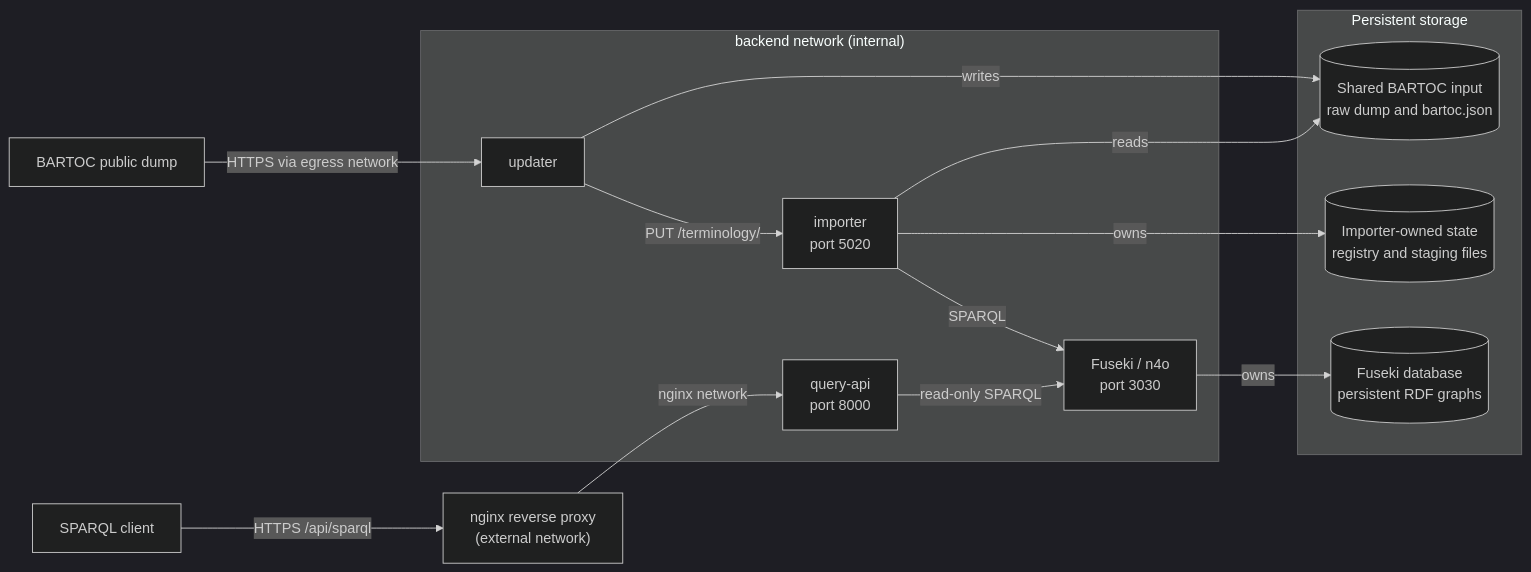
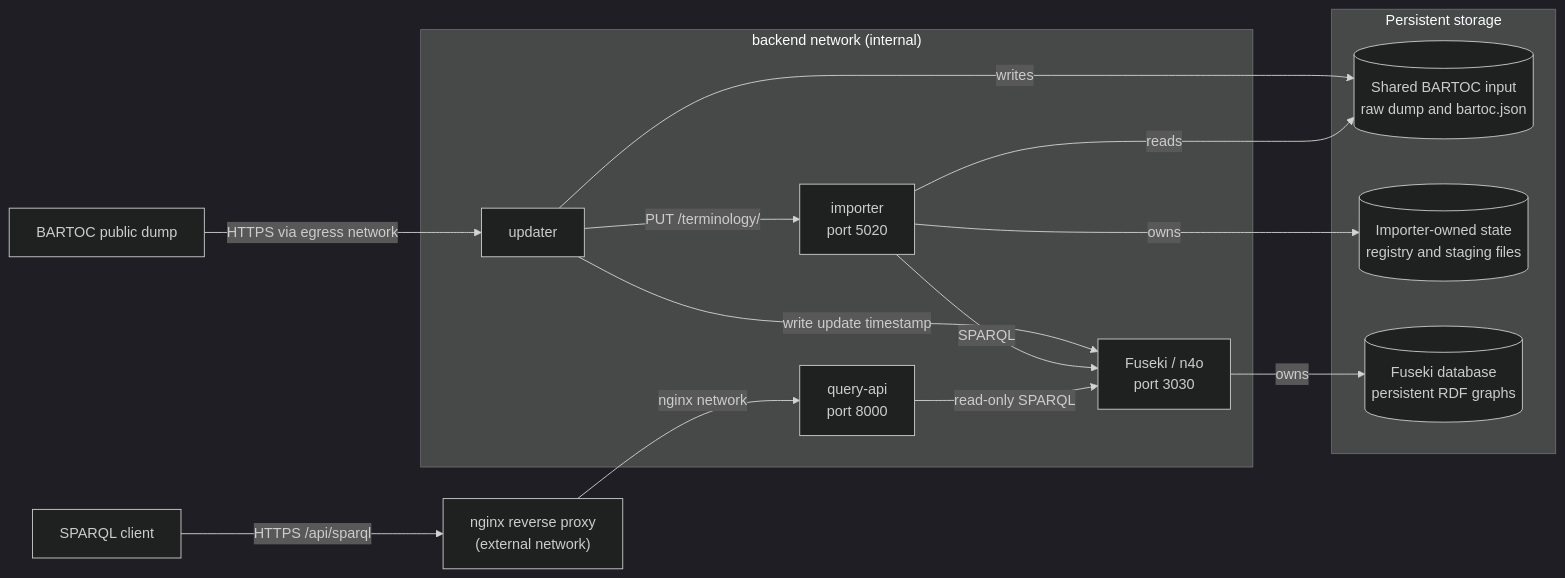
Before and after one commit to gbv/coli-conc-server: the diagram in services/bartoc-graph/README.md, drawn with Mermaid (dark theme). The commit also changed other lines of this file and 3 other files, not shown here.

Commit message:
Expose BARTOC graph update timestamp #72

````diff
--- a/services/bartoc-graph/README.md
+++ b/services/bartoc-graph/README.md
@@ -17,32 +17,33 @@
 ```mermaid
 flowchart LR
   client["SPARQL client"]
   proxy["nginx reverse proxy<br/>(external network)"]
   dump["BARTOC public dump"]
 
   subgraph backend["backend network (internal)"]
     updater["updater"]
     importer["importer<br/>port 5020"]
     query["query-api<br/>port 8000"]
     fuseki["Fuseki / n4o<br/>port 3030"]
 
     updater -->|"PUT /terminology/"| importer
+    updater -->|"write update timestamp"| fuseki
     importer -->|"SPARQL"| fuseki
     query -->|"read-only SPARQL"| fuseki
   end
 
   subgraph host["Persistent storage"]
     source[("Shared BARTOC input<br/>raw dump and bartoc.json")]
     workspace[("Importer-owned state<br/>registry and staging files")]
     rdfdb[("Fuseki database<br/>persistent RDF graphs")]
   end
 
   client -->|"HTTPS /api/sparql"| proxy
   proxy -->|"nginx network"| query
   dump -->|"HTTPS via egress network"| updater
 
   updater -->|"writes"| source
   importer -->|"reads"| source
   importer -->|"owns"| workspace
   fuseki -->|"owns"| rdfdb
 ```
````
